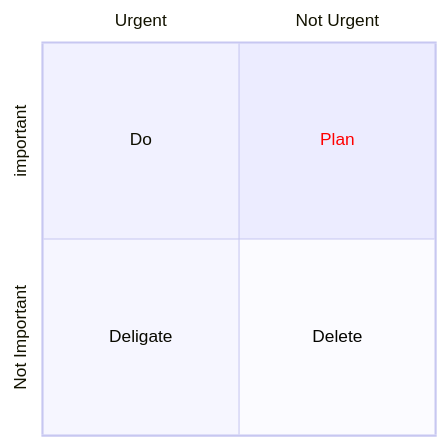
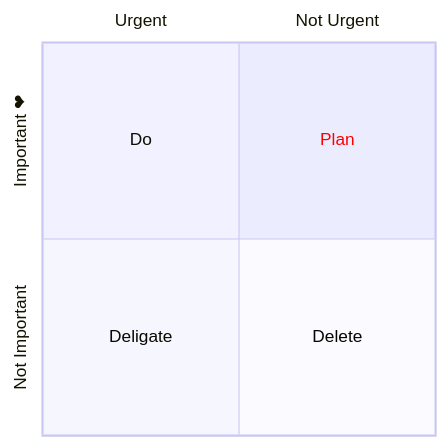
Before and after one commit to mermaid-js/mermaid: the second of 2 diagrams in docs/syntax/quadrantChart.md, drawn with Mermaid. The commit also changed other lines of this file and 1 other file, not shown here.

````diff
--- a/docs/syntax/quadrantChart.md
+++ b/docs/syntax/quadrantChart.md
@@ -162,10 +159,10 @@
 ```mermaid
 %%{init: {"quadrantChart": {"chartWidth": 400, "chartHeight": 400}, "themeVariables": {"quadrant1TextFill": "#ff0000"} }}%%
 quadrantChart
   x-axis Urgent --> Not Urgent
-  y-axis Not Important --> important
+  y-axis Not Important --> "Important ❤"
   quadrant-1 Plan
   quadrant-2 Do
   quadrant-3 Deligate
   quadrant-4 Delete
 ```
````
